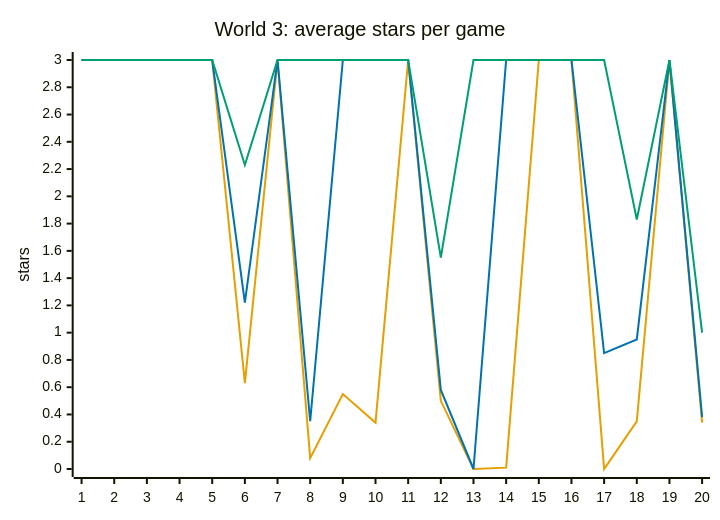
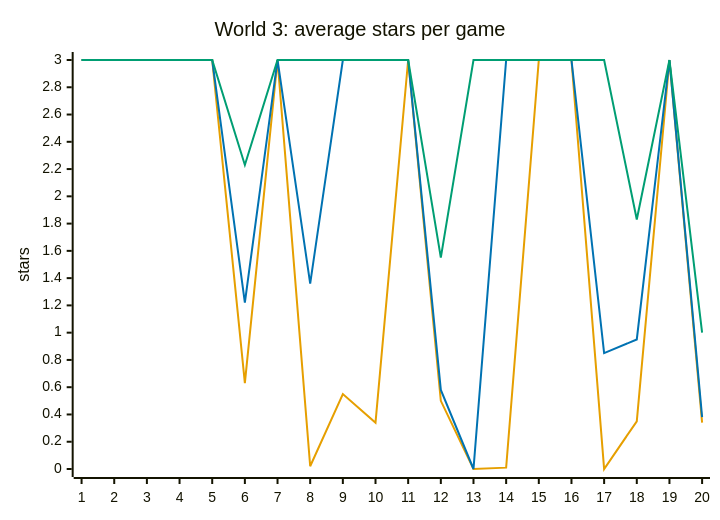
Before and after one commit to Pavelya/dots: the sixth of 8 diagrams in docs/design/difficulty.md, drawn with Mermaid. The commit also changed other lines of this file and 3 other files, not shown here.

````diff
--- a/docs/design/difficulty.md
+++ b/docs/design/difficulty.md
@@ -234,10 +237,10 @@
 ```mermaid
 %%{init: {"themeVariables": {"xyChart": {"plotColorPalette": "#E69F00, #0072B2, #009E73, #999999"}}}}%%
 xychart-beta
     title "World 3: average stars per game"
     x-axis ["1", "2", "3", "4", "5", "6", "7", "8", "9", "10", "11", "12", "13", "14", "15", "16", "17", "18", "19", "20"]
     y-axis "stars" 0 --> 3
-    line [3.00, 3.00, 3.00, 3.00, 3.00, 0.63, 3.00, 0.08, 0.55, 0.34, 3.00, 0.50, 0.00, 0.01, 3.00, 3.00, 0.00, 0.35, 3.00, 0.34]
-    line [3.00, 3.00, 3.00, 3.00, 3.00, 1.22, 3.00, 0.35, 3.00, 3.00, 3.00, 0.58, 0.00, 3.00, 3.00, 3.00, 0.85, 0.95, 3.00, 0.38]
+    line [3.00, 3.00, 3.00, 3.00, 3.00, 0.63, 3.00, 0.02, 0.55, 0.34, 3.00, 0.50, 0.00, 0.01, 3.00, 3.00, 0.00, 0.35, 3.00, 0.34]
+    line [3.00, 3.00, 3.00, 3.00, 3.00, 1.22, 3.00, 1.36, 3.00, 3.00, 3.00, 0.58, 0.00, 3.00, 3.00, 3.00, 0.85, 0.95, 3.00, 0.38]
     line [3.00, 3.00, 3.00, 3.00, 3.00, 2.23, 3.00, 3.00, 3.00, 3.00, 3.00, 1.55, 3.00, 3.00, 3.00, 3.00, 3.00, 1.83, 3.00, 1.00]
 ```
````
